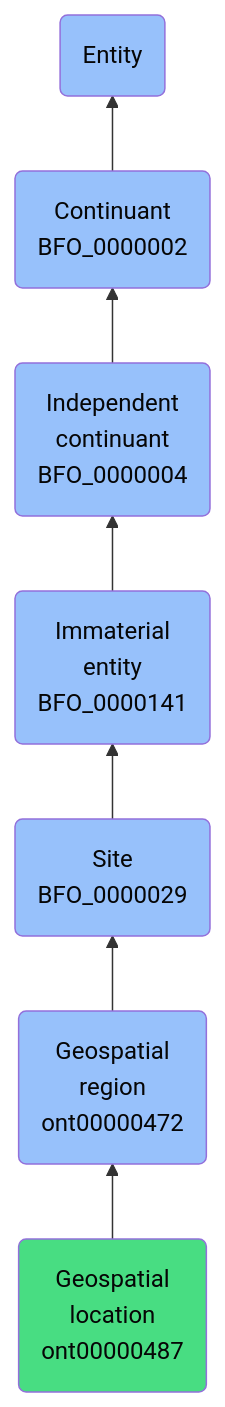
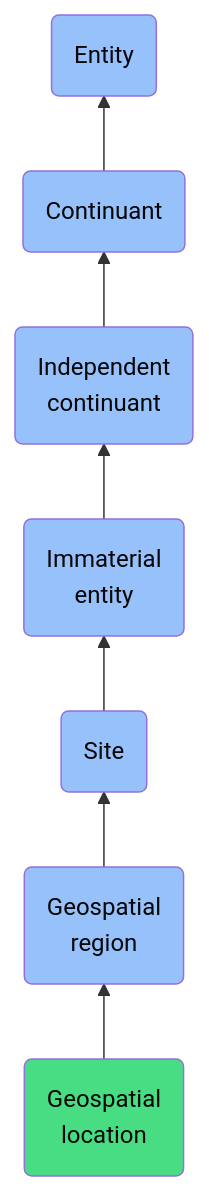
One commit to jupyter-naas/abi changed the diagram in docs/ontology/reference/model/Entity/Continuant/Independent continuant/Immaterial entity/Site/Geospatial region/Geospatial location/Geospatial location.md. Above: the diagram before and after it, drawn with Mermaid. The commit also changed other lines of this file and 1430 other files, not shown here.

````diff
--- a/docs/ontology/reference/model/Entity/Continuant/Independent continuant/Immaterial entity/Site/Geospatial region/Geospatial location/Geospatial location.md
+++ b/docs/ontology/reference/model/Entity/Continuant/Independent continuant/Immaterial entity/Site/Geospatial region/Geospatial location/Geospatial location.md
@@ -24,14 +24,14 @@
 ```mermaid
 graph BT
-    ont00000487(Geospatial<br>location<br>ont00000487):::ABI-->ont00000472
-    ont00000472(Geospatial<br>region<br>ont00000472):::BFO-->BFO_0000029
-    BFO_0000029(Site<br>BFO_0000029):::BFO-->BFO_0000141
-    BFO_0000141(Immaterial<br>entity<br>BFO_0000141):::BFO-->BFO_0000004
-    BFO_0000004(Independent<br>continuant<br>BFO_0000004):::BFO-->BFO_0000002
-    BFO_0000002(Continuant<br>BFO_0000002):::BFO-->BFO_0000001
+    ont00000487(Geospatial<br>location):::ABI-->ont00000472
+    ont00000472(Geospatial<br>region):::BFO-->BFO_0000029
+    BFO_0000029(Site):::BFO-->BFO_0000141
+    BFO_0000141(Immaterial<br>entity):::BFO-->BFO_0000004
+    BFO_0000004(Independent<br>continuant):::BFO-->BFO_0000002
+    BFO_0000002(Continuant):::BFO-->BFO_0000001
     BFO_0000001(Entity):::BFO
     
     classDef BFO fill:#97c1fb,color:#060606
     classDef CCO fill:#e4c51e,color:#060606
     classDef ABI fill:#48DD82,color:#060606
 ```
````
